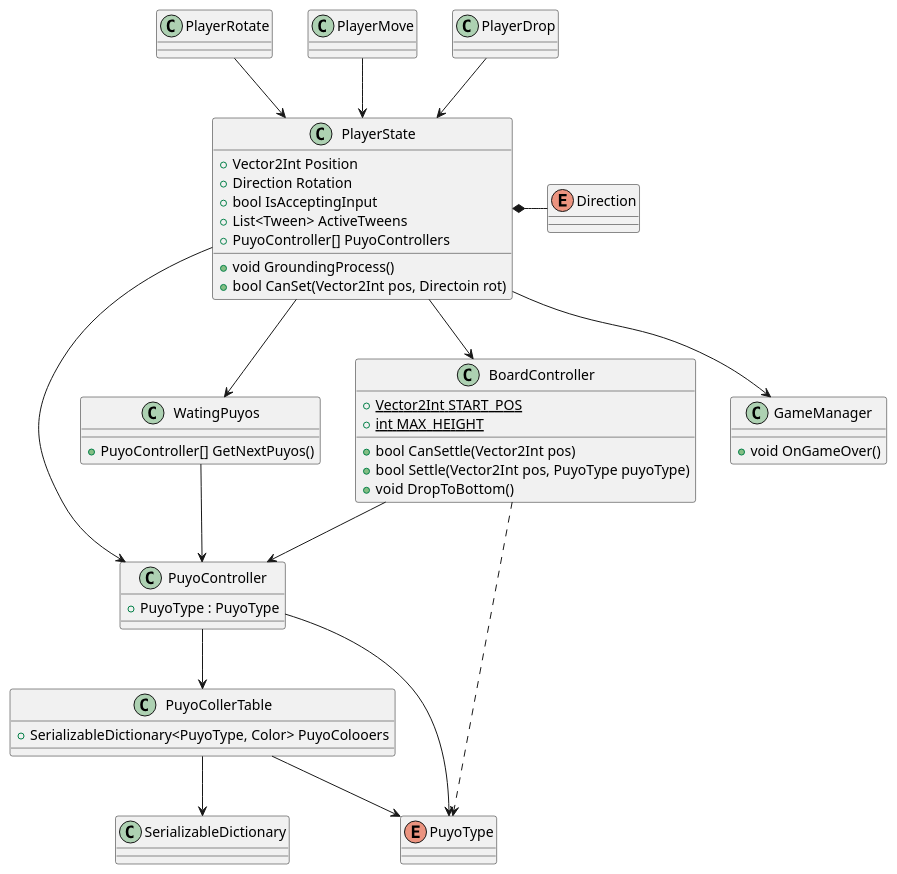
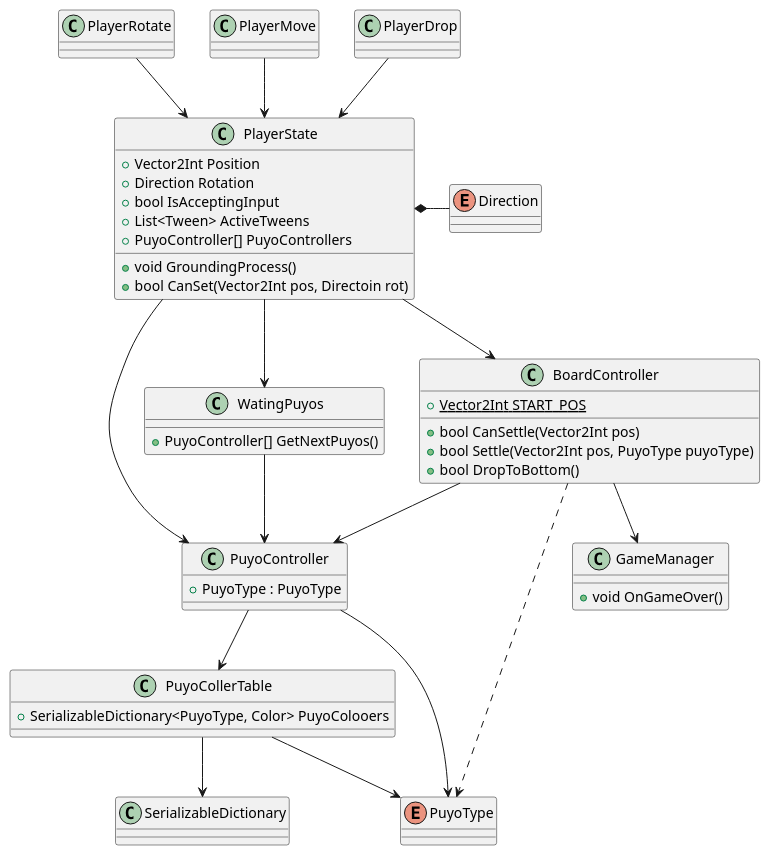
One commit to snnn30/UniteBlocks changed the diagram in puyopuyo.pu. Above: the diagram before and after it, drawn with PlantUML. The commit also changed 3 other files, not shown here.

```diff
--- a/puyopuyo.pu
+++ b/puyopuyo.pu
@@ -1,58 +1,57 @@
 @startuml hoge
 class BoardController{
     {static} +Vector2Int START_POS
-    {static} +int MAX_HEIGHT
     +bool CanSettle(Vector2Int pos) 
     +bool Settle(Vector2Int pos, PuyoType puyoType)
-    +void DropToBottom()
+    +bool DropToBottom()
 }
 class PuyoController{
     +PuyoType : PuyoType
 }
 class PuyoCollerTable{
     +SerializableDictionary<PuyoType, Color> PuyoColooers
 }
 class SerializableDictionary
 enum PuyoType
 
 class PlayerRotate
 class PlayerMove
 class PlayerDrop
 class PlayerState{
     +Vector2Int Position
     +Direction Rotation    
     +bool IsAcceptingInput
     +List<Tween> ActiveTweens
     +PuyoController[] PuyoControllers
     +void GroundingProcess()
     +bool CanSet(Vector2Int pos, Directoin rot)
 }
 enum Direction
 class WatingPuyos{
     +PuyoController[] GetNextPuyos()
 }
 
 class GameManager{
     +void OnGameOver()
 }
 
 BoardController --> PuyoController
 BoardController ..> PuyoType
+BoardController --> GameManager
 PuyoController --> PuyoCollerTable
 PuyoController --> PuyoType
 PuyoCollerTable --> SerializableDictionary
 PuyoCollerTable --> PuyoType
 
 PlayerDrop --> PlayerState
 PlayerRotate --> PlayerState
 PlayerMove --> PlayerState
 
 PlayerState --> PuyoController
 PlayerState --> BoardController
 PlayerState *- Direction
 PlayerState --> WatingPuyos
-PlayerState =-> GameManager
 WatingPuyos --> PuyoController
 
 
 @enduml
```
